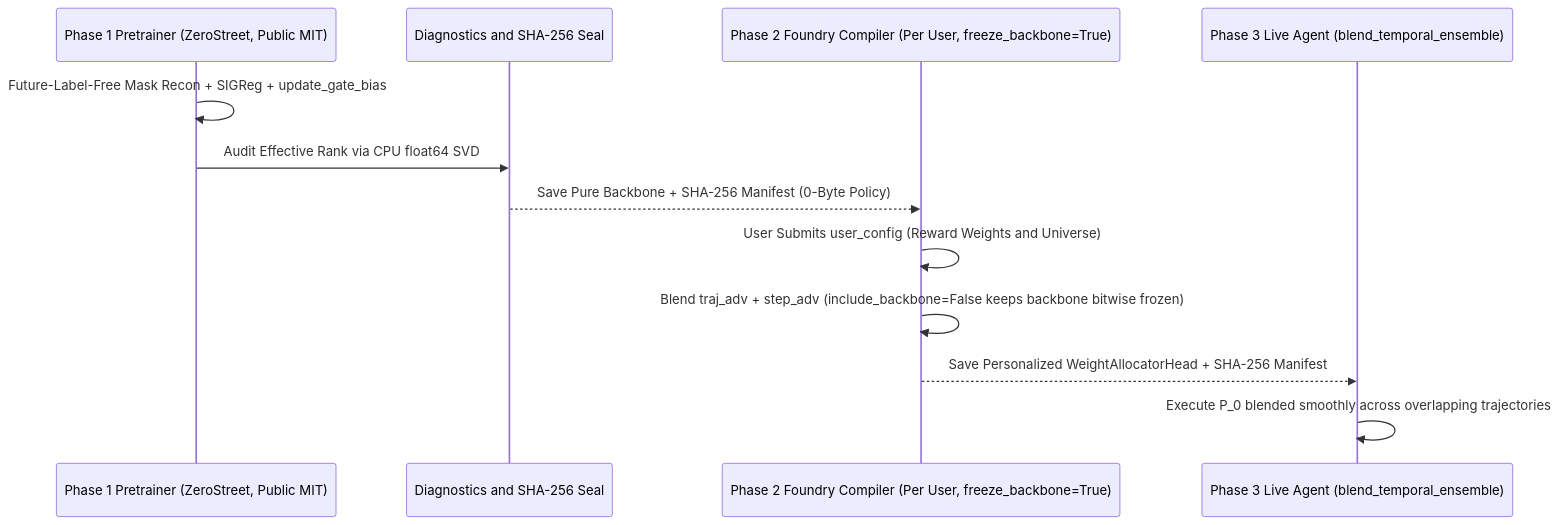
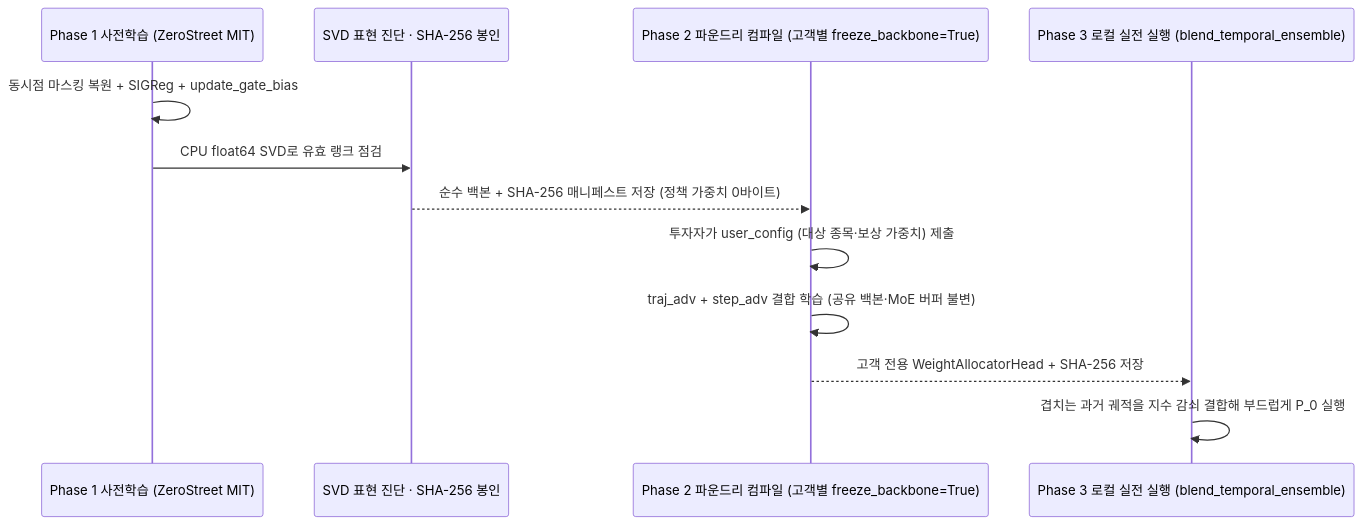
Before and after one commit to zerostreet/zerosteer: the fifth of 5 diagrams in openwiki/guides/intuitive-visual-guide.md, drawn with Mermaid. The commit also changed other lines of this file and 16 other files, not shown here.

````diff
--- a/openwiki/guides/intuitive-visual-guide.md
+++ b/openwiki/guides/intuitive-visual-guide.md
@@ -145,15 +117,15 @@
 ```mermaid
 sequenceDiagram
-    participant PRE as Phase 1 Pretrainer (ZeroStreet, Public MIT)
-    participant DIAG as Diagnostics and SHA-256 Seal
-    participant CUST as Phase 2 Foundry Compiler (Per User, freeze_backbone=True)
-    participant LIVE as Phase 3 Live Agent (blend_temporal_ensemble)
+    participant PRE as Phase 1 사전학습 (ZeroStreet MIT)
+    participant DIAG as SVD 표현 진단 · SHA-256 봉인
+    participant CUST as Phase 2 파운드리 컴파일 (고객별 freeze_backbone=True)
+    participant LIVE as Phase 3 로컬 실전 실행 (blend_temporal_ensemble)
 
-    PRE->>PRE: Future-Label-Free Mask Recon + SIGReg + update_gate_bias
-    PRE->>DIAG: Audit Effective Rank via CPU float64 SVD
-    DIAG-->>CUST: Save Pure Backbone + SHA-256 Manifest (0-Byte Policy)
-    CUST->>CUST: User Submits user_config (Reward Weights and Universe)
-    CUST->>CUST: Blend traj_adv + step_adv (include_backbone=False keeps backbone bitwise frozen)
-    CUST-->>LIVE: Save Personalized WeightAllocatorHead + SHA-256 Manifest
-    LIVE->>LIVE: Execute P_0 blended smoothly across overlapping trajectories
+    PRE->>PRE: 동시점 마스킹 복원 + SIGReg + update_gate_bias
+    PRE->>DIAG: CPU float64 SVD로 유효 랭크 점검
+    DIAG-->>CUST: 순수 백본 + SHA-256 매니페스트 저장 (정책 가중치 0바이트)
+    CUST->>CUST: 투자자가 user_config (대상 종목·보상 가중치) 제출
+    CUST->>CUST: traj_adv + step_adv 결합 학습 (공유 백본·MoE 버퍼 불변)
+    CUST-->>LIVE: 고객 전용 WeightAllocatorHead + SHA-256 저장
+    LIVE->>LIVE: 겹치는 과거 궤적을 지수 감쇠 결합해 부드럽게 P_0 실행
 ```
````
